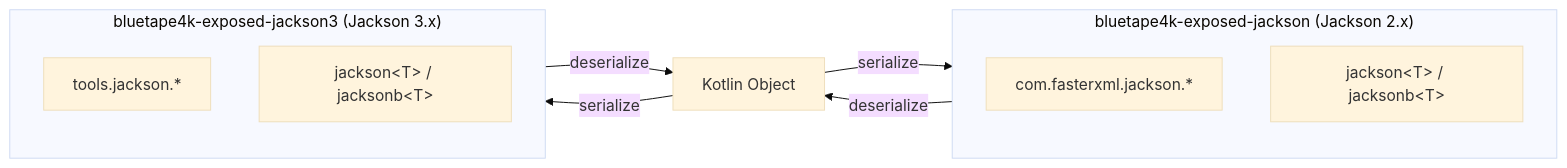
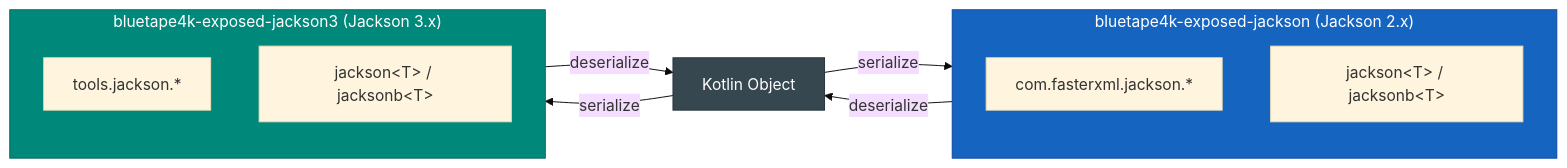
Before and after one commit to bluetape4k/bluetape4k-projects: the third of 3 diagrams in data/exposed-jackson3/README.md, drawn with Mermaid (base theme). The commit also changed other lines of this file and 221 other files, not shown here.

First line of the commit message:
docs: 전체 모듈 README UML 다이어그램 보강 및 색상 업그레이드

````diff
--- a/data/exposed-jackson3/README.md
+++ b/data/exposed-jackson3/README.md
@@ -188,15 +198,23 @@
 ```mermaid
 flowchart LR
     subgraph Jackson2["bluetape4k-exposed-jackson (Jackson 2.x)"]
         A2["com.fasterxml.jackson.*"]
         B2["jackson&lt;T&gt; / jacksonb&lt;T&gt;"]
     end
     subgraph Jackson3["bluetape4k-exposed-jackson3 (Jackson 3.x)"]
         A3["tools.jackson.*"]
         B3["jackson&lt;T&gt; / jacksonb&lt;T&gt;"]
     end
     C[Kotlin Object] -->|serialize| Jackson2
     C -->|serialize| Jackson3
     Jackson2 -->|deserialize| C
     Jackson3 -->|deserialize| C
+
+    classDef objectStyle fill:#37474F,stroke:#263238,color:#FFFFFF
+    classDef jackson2Style fill:#1565C0,stroke:#0D47A1,color:#FFFFFF
+    classDef jackson3Style fill:#00897B,stroke:#00695C,color:#FFFFFF
+
+    class C objectStyle
+    class Jackson2 jackson2Style
+    class Jackson3 jackson3Style
 ```
````
